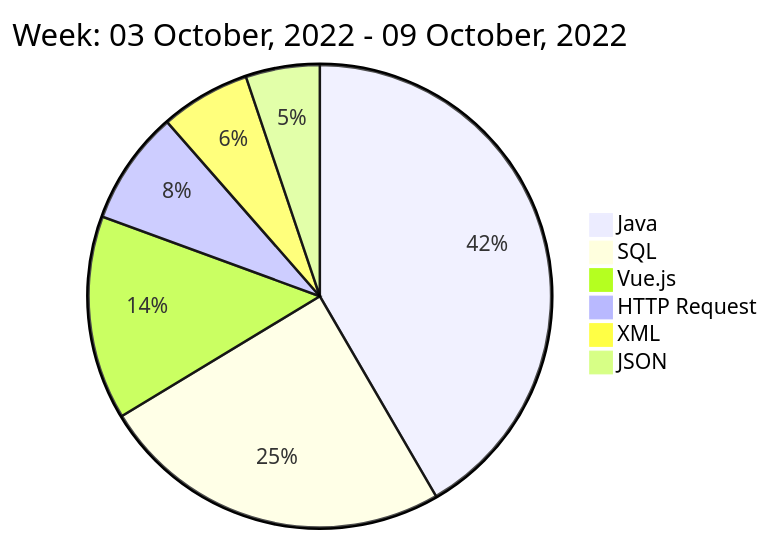
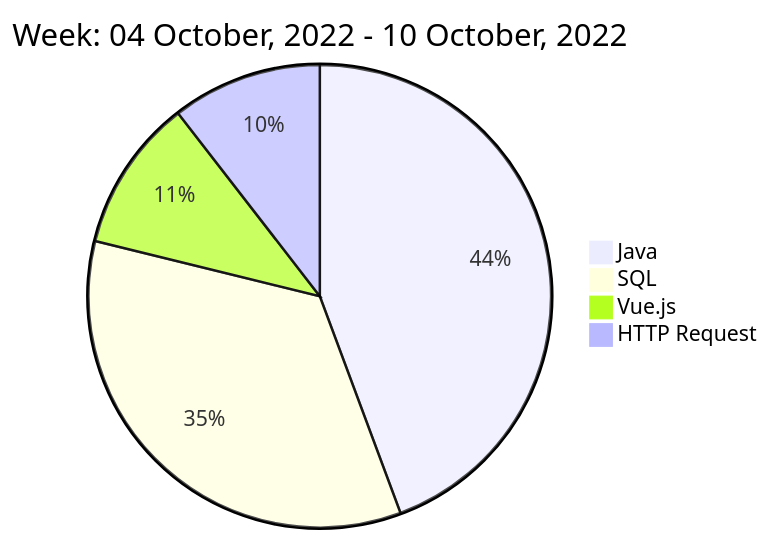
Before and after one commit to liubin95/liubin95: the diagram in README.md, drawn with Mermaid.

Commit message:
Updated the Graph with new Metrics

````diff
--- a/README.md
+++ b/README.md
@@ -40,10 +40,8 @@
 ```mermaid
  pie
-title Week: 03 October, 2022 - 09 October, 2022
- "Java" : 2.98
- "SQL" : 1.77
- "Vue.js" : 1.02
- "HTTP Request" : 0.57
- "XML" : 0.45
- "JSON" : 0.37
+title Week: 04 October, 2022 - 10 October, 2022
+ "Java" : 4.65
+ "SQL" : 3.62
+ "Vue.js" : 1.12
+ "HTTP Request" : 1.1
 ```
````
